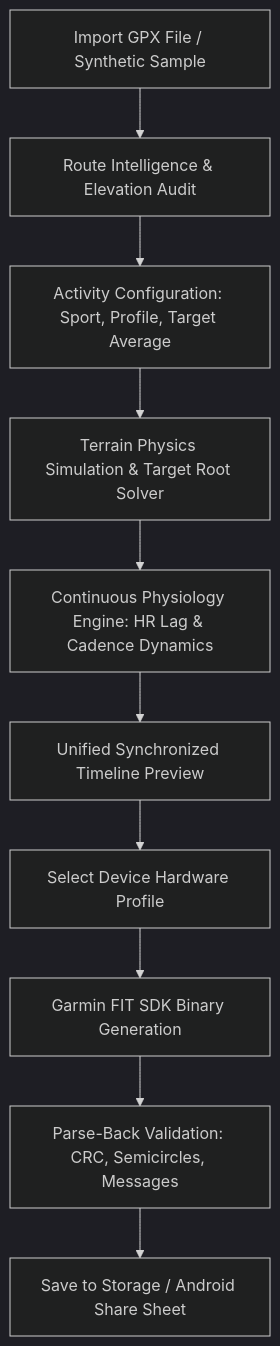
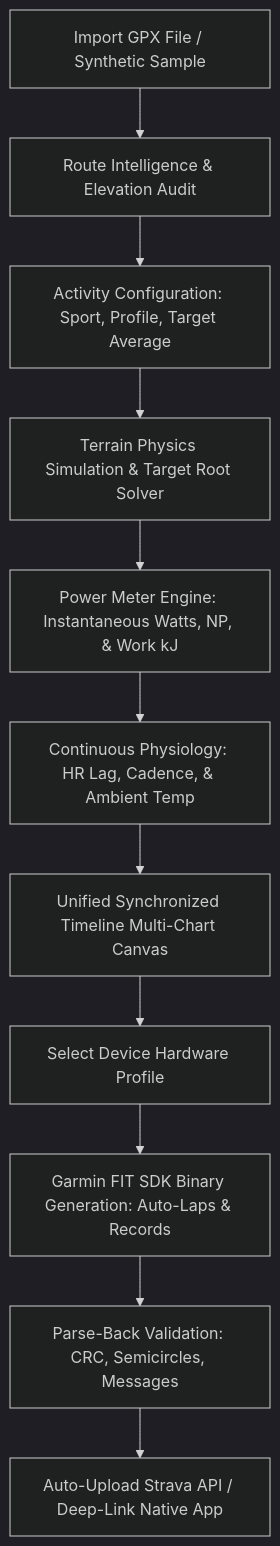
The diagram in README.md (ardianrifendy/strava-kalcer), drawn with Mermaid (dark theme) before and after one commit. The commit also changed other lines of this file, not shown here.

Commit message:
docs: update README.md with power simulation, auto-laps, temp, calories, reverse route, and 33/33 test badges

````diff
--- a/README.md
+++ b/README.md
@@ -89,12 +92,13 @@
 ```mermaid
 flowchart TD
     A[Import GPX File / Synthetic Sample] --> B[Route Intelligence & Elevation Audit]
     B --> C[Activity Configuration: Sport, Profile, Target Average]
     C --> D[Terrain Physics Simulation & Target Root Solver]
-    D --> E[Continuous Physiology Engine: HR Lag & Cadence Dynamics]
-    E --> F[Unified Synchronized Timeline Preview]
-    F --> G[Select Device Hardware Profile]
-    G --> H[Garmin FIT SDK Binary Generation]
-    H --> I[Parse-Back Validation: CRC, Semicircles, Messages]
-    I --> J[Save to Storage / Android Share Sheet]
+    D --> E[Power Meter Engine: Instantaneous Watts, NP, & Work kJ]
+    E --> F[Continuous Physiology: HR Lag, Cadence, & Ambient Temp]
+    F --> G[Unified Synchronized Timeline Multi-Chart Canvas]
+    G --> H[Select Device Hardware Profile]
+    H --> I[Garmin FIT SDK Binary Generation: Auto-Laps & Records]
+    I --> J[Parse-Back Validation: CRC, Semicircles, Messages]
+    J --> K[Auto-Upload Strava API / Deep-Link Native App]
 ```
````
